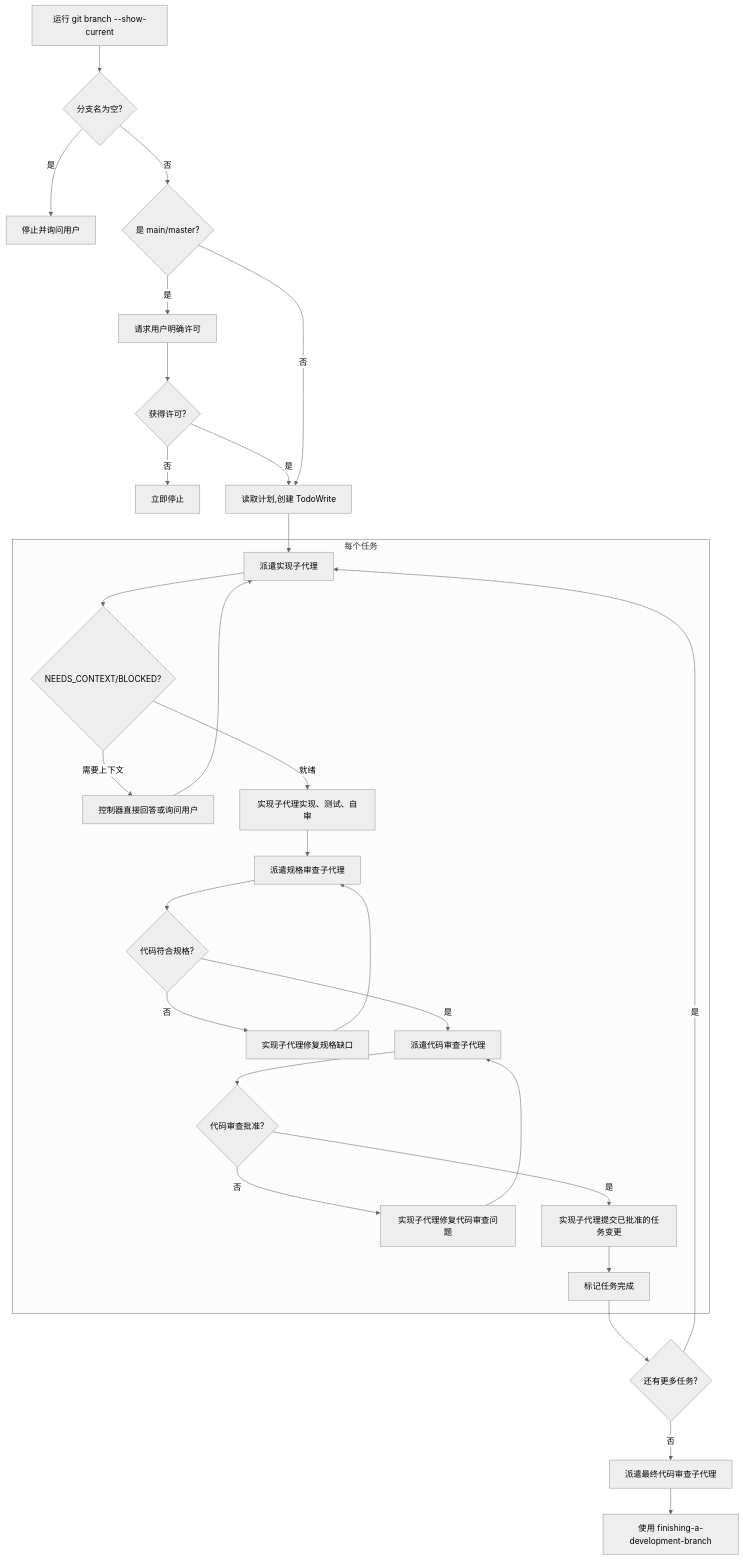
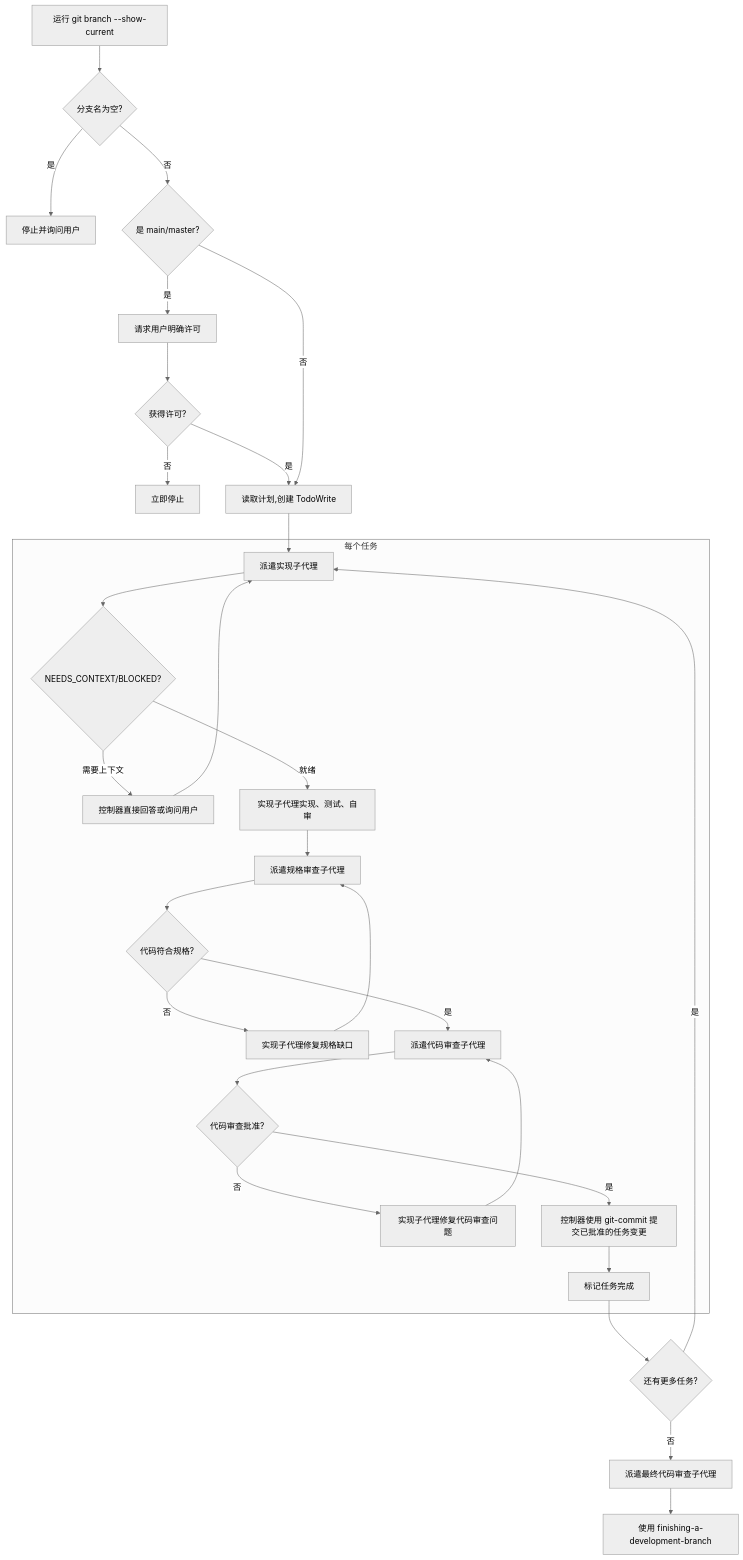
The second of 2 diagrams in skills/subagent-driven-development/SKILL.md (Chikage0o0/opencode), drawn with Mermaid (neutral theme) before and after one commit. The commit also changed other lines of this file and 3 other files, not shown here.

````diff
--- a/skills/subagent-driven-development/SKILL.md
+++ b/skills/subagent-driven-development/SKILL.md
@@ -46,33 +46,33 @@
 ```mermaid
 flowchart TD
     subgraph PerTask[每个任务]
         A[派遣实现子代理] --> B{NEEDS_CONTEXT/BLOCKED?}
         B -->|需要上下文| C[控制器直接回答或询问用户]
         C --> A
         B -->|就绪| D[实现子代理实现、测试、自审]
         D --> E[派遣规格审查子代理]
         E --> F{代码符合规格?}
         F -->|否| G[实现子代理修复规格缺口]
         G --> E
         F -->|是| H[派遣代码审查子代理]
         H --> I{代码审查批准?}
         I -->|否| J[实现子代理修复代码审查问题]
         J --> H
-        I -->|是| K[实现子代理提交已批准的任务变更]
+        I -->|是| K[控制器使用 git-commit 提交已批准的任务变更]
         K --> L[标记任务完成]
     end
 
     M[运行 git branch --show-current] --> N{分支名为空?}
     N -->|是| O[停止并询问用户]
     N -->|否| P{是 main/master?}
     P -->|是| Q[请求用户明确许可]
     Q --> R{获得许可?}
     R -->|否| S[立即停止]
     R -->|是| T[读取计划,创建 TodoWrite]
     P -->|否| T
     T --> A
     L --> U{还有更多任务?}
     U -->|是| A
     U -->|否| V[派遣最终代码审查子代理]
     V --> W[使用 finishing-a-development-branch]
 ```
````
